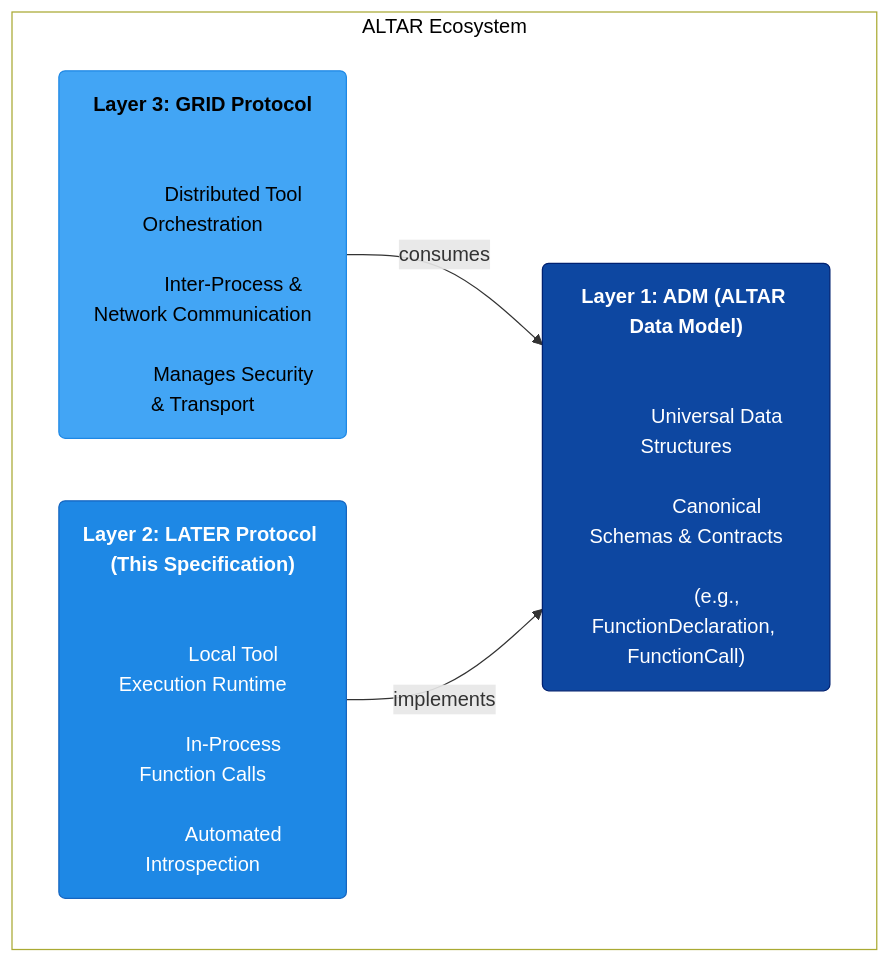
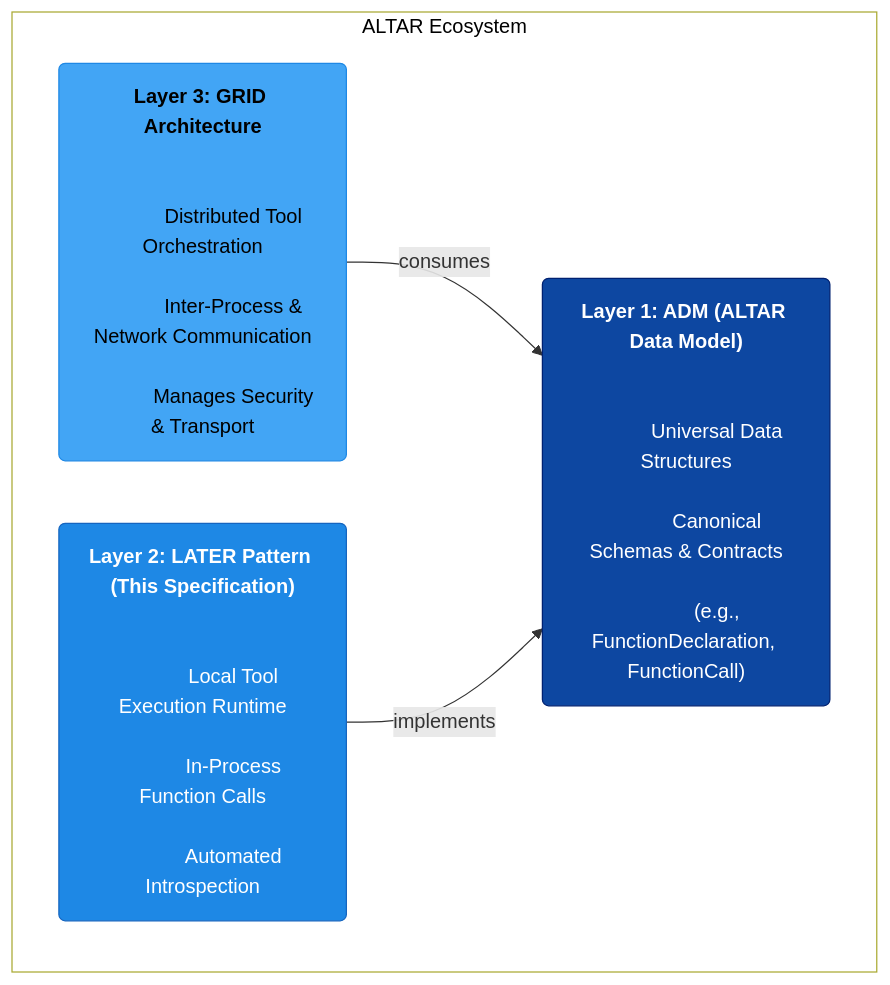
The first of 2 diagrams in priv/docs/specs/02-later-protocol/later-protocol.md (nshkrdotcom/ALTAR), drawn with Mermaid before and after one commit. The commit also changed other lines of this file and 3 other files, not shown here.

````diff
--- a/priv/docs/specs/02-later-protocol/later-protocol.md
+++ b/priv/docs/specs/02-later-protocol/later-protocol.md
@@ -23,35 +23,35 @@
 ```mermaid
 graph TB
     subgraph AE["ALTAR Ecosystem"]
         L3("
-            <strong>Layer 3: GRID Protocol</strong><br/><br/>
+            <strong>Layer 3: GRID Architecture</strong><br/><br/>
             Distributed Tool Orchestration<br/>
             Inter-Process & Network Communication<br/>
             Manages Security & Transport
         ")
 
         L2("
-            <strong>Layer 2: LATER Protocol (This Specification)</strong><br/><br/>
+            <strong>Layer 2: LATER Pattern (This Specification)</strong><br/><br/>
             Local Tool Execution Runtime<br/>
             In-Process Function Calls<br/>
             Automated Introspection
         ")
 
         L1("
             <strong>Layer 1: ADM (ALTAR Data Model)</strong><br/><br/>
             Universal Data Structures<br/>
             Canonical Schemas & Contracts<br/>
             (e.g., FunctionDeclaration, FunctionCall)
         ")
     end
 
     %% --- Define Connections ---
     L3 -- consumes --> L1
     L2 -- implements --> L1
 
     %% --- Styling ---
     style AE fill: #FFF,color:#000
     style L3 fill:#42a5f5,stroke:#1e88e5,color:#000000
     style L2 fill:#1e88e5,stroke:#1565c0,color:#ffffff
     style L1 fill:#0d47a1,stroke:#002171,color:#ffffff
 ```
````
